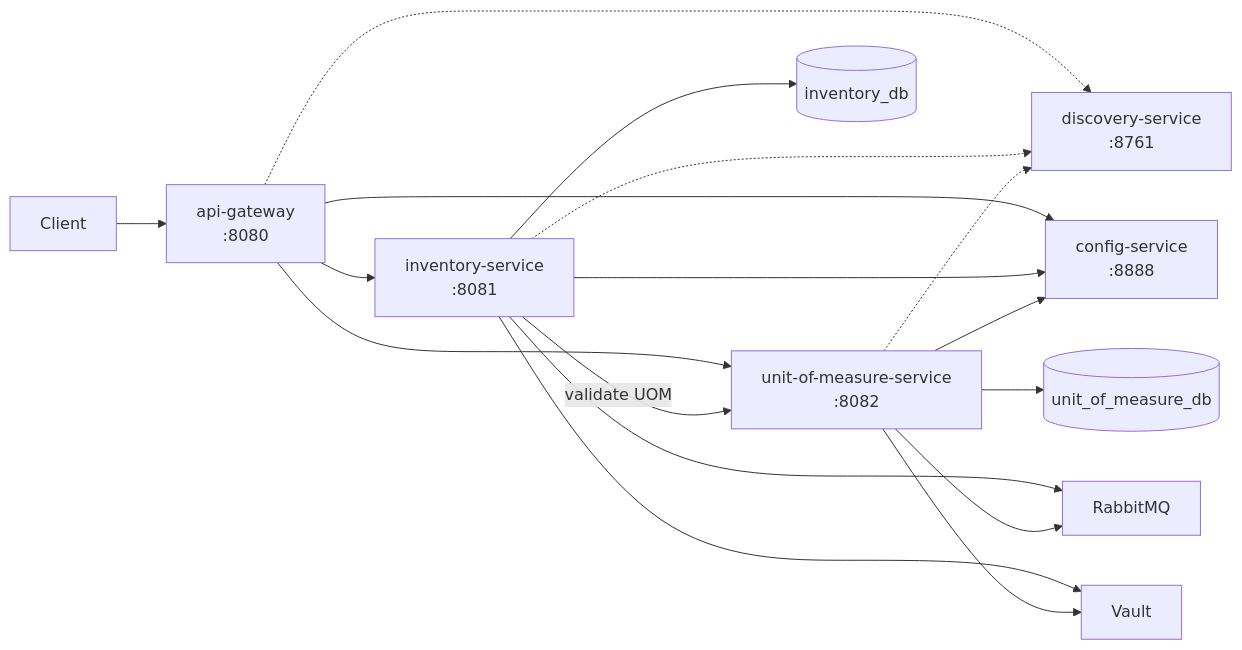
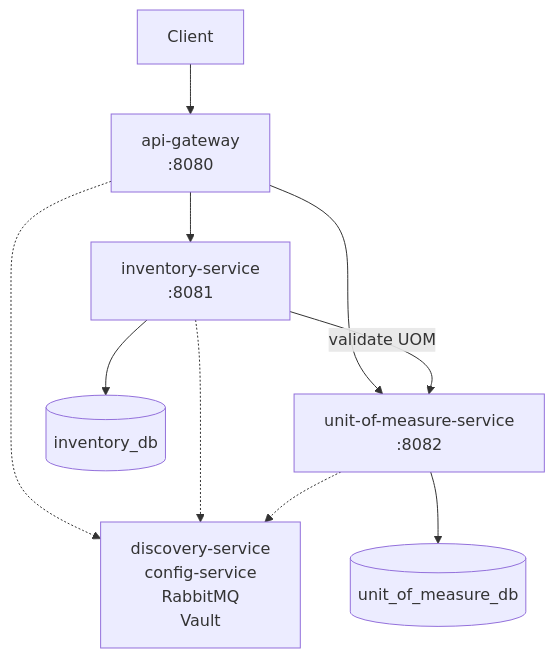
One commit to elara-app/.github changed the diagram in profile/README.md. Above: the diagram before and after it, drawn with Mermaid.

Commit message:
docs(profile): use a compact top-to-bottom architecture diagram

````diff
--- a/profile/README.md
+++ b/profile/README.md
@@ -47,19 +47,12 @@
 ```mermaid
-flowchart LR
+flowchart TB
   Client[Client] --> Gateway[api-gateway<br/>:8080]
   Gateway --> Inventory[inventory-service<br/>:8081]
   Gateway --> UOM[unit-of-measure-service<br/>:8082]
   Inventory -->|validate UOM| UOM
-  Gateway -.-> Discovery[discovery-service<br/>:8761]
-  Inventory -.-> Discovery
-  UOM -.-> Discovery
-  Gateway --> Config[config-service<br/>:8888]
-  Inventory --> Config
-  UOM --> Config
+  Gateway -.-> Platform[discovery-service<br/>config-service<br/>RabbitMQ<br/>Vault]
+  Inventory -.-> Platform
+  UOM -.-> Platform
   Inventory --> InventoryDB[(inventory_db)]
   UOM --> UOMDB[(unit_of_measure_db)]
-  Inventory --> Rabbit[RabbitMQ]
-  UOM --> Rabbit
-  Inventory --> Vault[Vault]
-  UOM --> Vault
 ```
````
